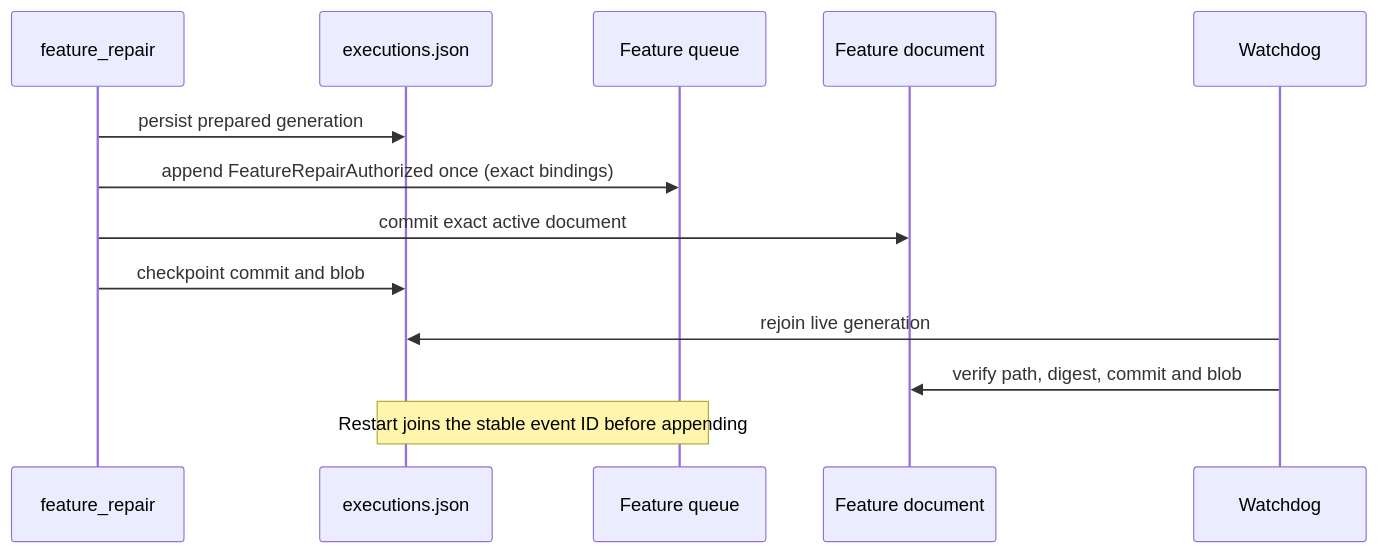
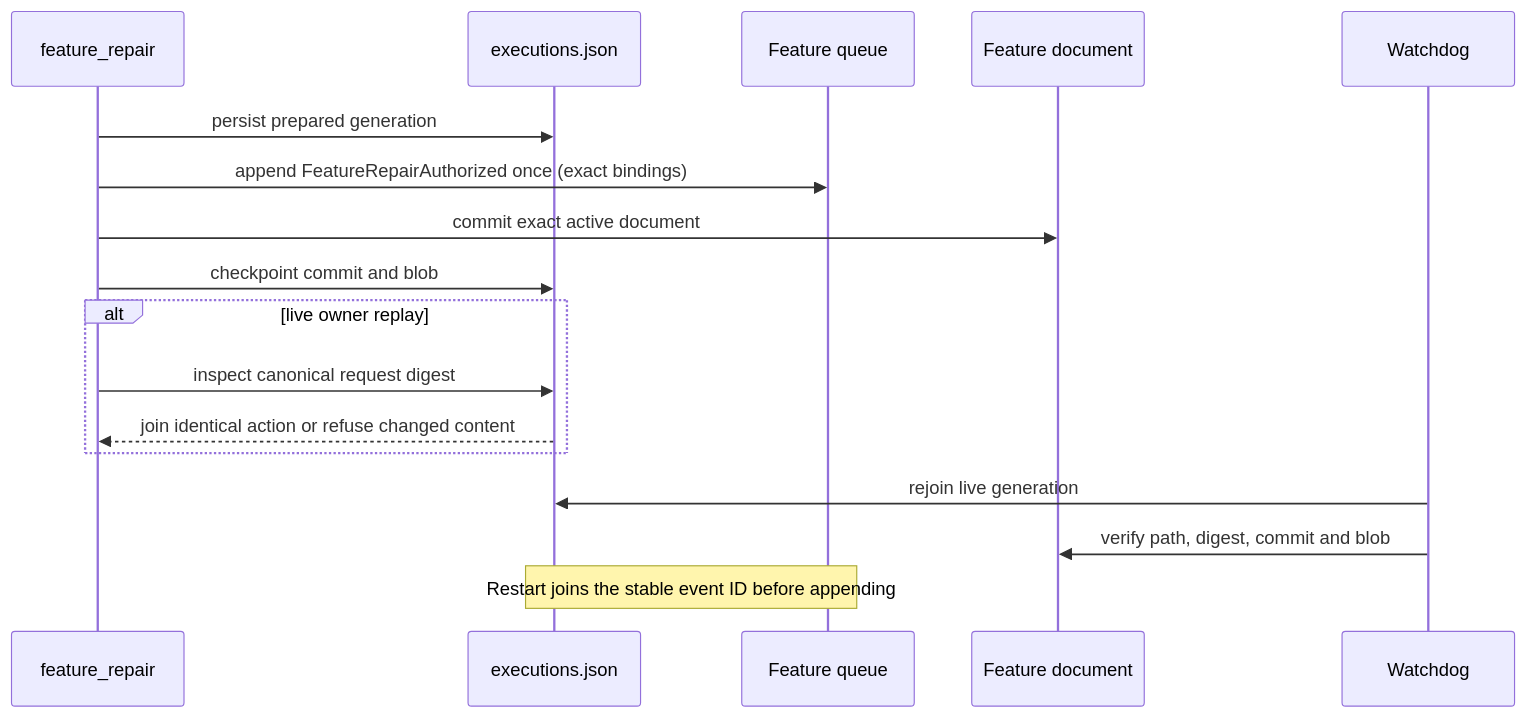
The third of 4 diagrams in cascade/feature/DESIGN.md (vincentc-b/CascadeCode), drawn with Mermaid before and after one commit. The commit also changed other lines of this file and 16 other files, not shown here.

````diff
--- a/cascade/feature/DESIGN.md
+++ b/cascade/feature/DESIGN.md
@@ -103,15 +108,19 @@
 ```mermaid
 sequenceDiagram
     participant Feature as feature_repair
     participant Ledger as executions.json
     participant Queue as Feature queue
     participant Board as Feature document
     participant Watchdog
     Feature->>Ledger: persist prepared generation
     Feature->>Queue: append FeatureRepairAuthorized once (exact bindings)
     Feature->>Board: commit exact active document
     Feature->>Ledger: checkpoint commit and blob
+    alt live owner replay
+        Feature->>Ledger: inspect canonical request digest
+        Ledger-->>Feature: join identical action or refuse changed content
+    end
     Watchdog->>Ledger: rejoin live generation
     Watchdog->>Board: verify path, digest, commit and blob
     Note over Ledger,Queue: Restart joins the stable event ID before appending
 ```
````
